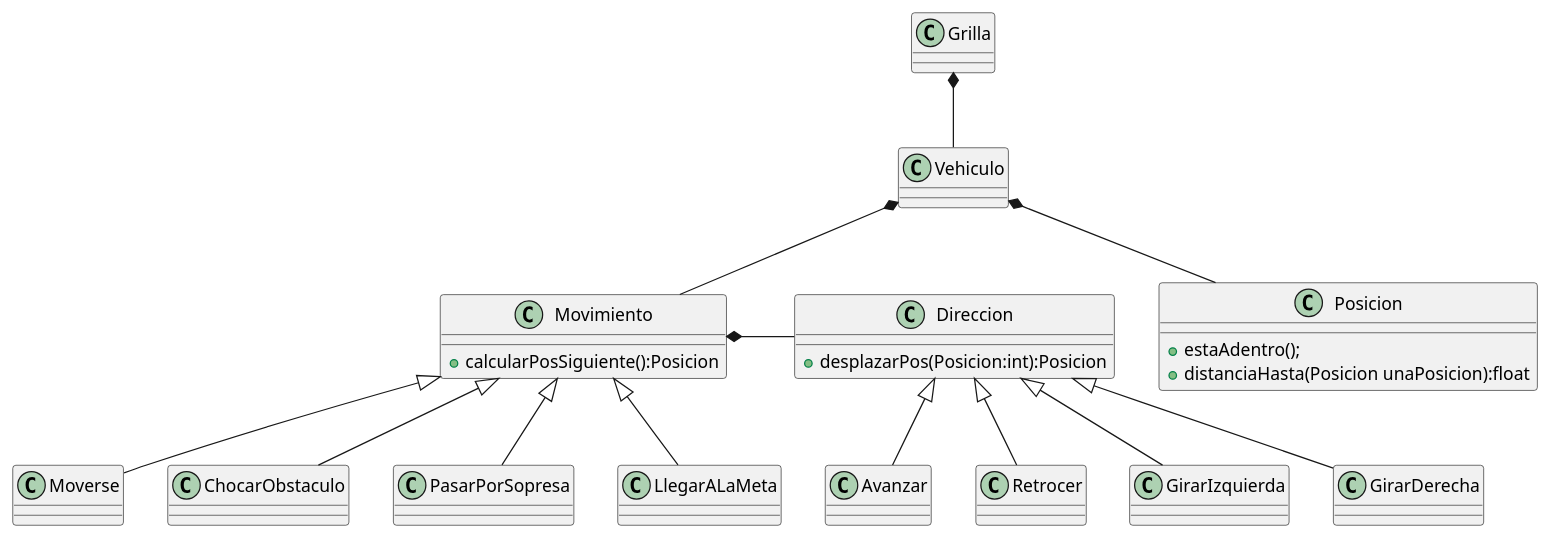
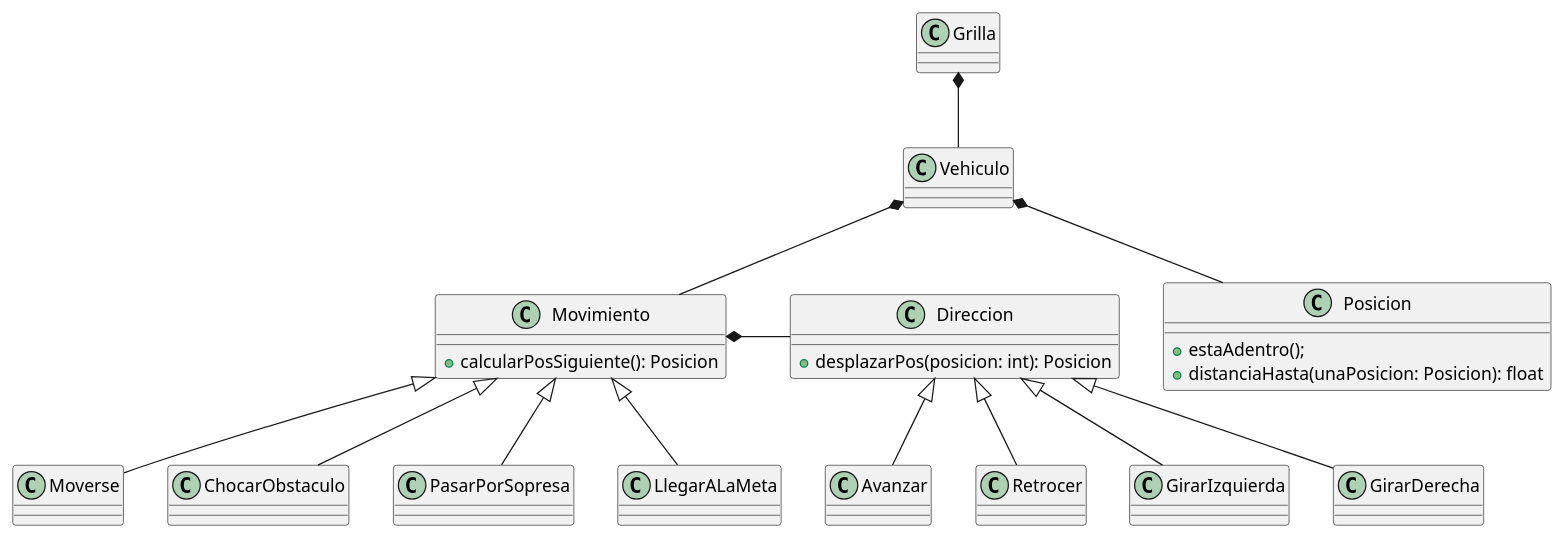
One commit to Dolo-pavon01/gpsChallenge changed the diagram in diagrams/classes/entrega 2/Movimientos.puml. Above: the diagram before and after it, drawn with PlantUML. The commit also changed 6 other files, not shown here.

Commit message:
chore(diagrams): se modificaron definiciones de diagramas

```diff
--- a/diagrams/classes/entrega 2/Movimientos.puml
+++ b/diagrams/classes/entrega 2/Movimientos.puml
@@ -1,38 +1,36 @@
 @startuml
 'https://plantuml.com/class-diagram
 
+class Vehiculo {}
 
-class Vehiculo
-class Movimiento
-{
-+calcularPosSiguiente():Posicion
+class Movimiento {
+    + calcularPosSiguiente(): Posicion
 }
-class Direccion
-{
-+desplazarPos(Posicion:int):Posicion
+
+class Direccion {
+    + desplazarPos(posicion: int): Posicion
 }
-class Posicion
-{
- + estaAdentro();
- +distanciaHasta(Posicion unaPosicion):float
-              }
-class Grilla
+
+class Posicion {
+    + estaAdentro();
+    + distanciaHasta(unaPosicion: Posicion): float
+}
+
+class Grilla {}
 
 Grilla *-- Vehiculo
 Vehiculo *-- Posicion
 Vehiculo *-- Movimiento
 Movimiento *- Direccion
 
 Movimiento <|-- Moverse
 Movimiento <|-- ChocarObstaculo
 Movimiento <|-- PasarPorSopresa
 Movimiento <|-- LlegarALaMeta
 
 Direccion <|-- Avanzar
 Direccion <|-- Retrocer
 Direccion <|-- GirarIzquierda
 Direccion <|-- GirarDerecha
 
-
-
 @enduml
```
